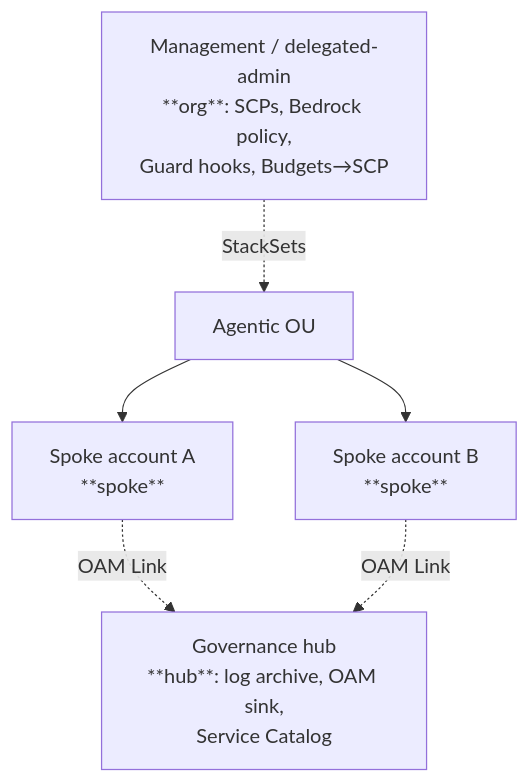
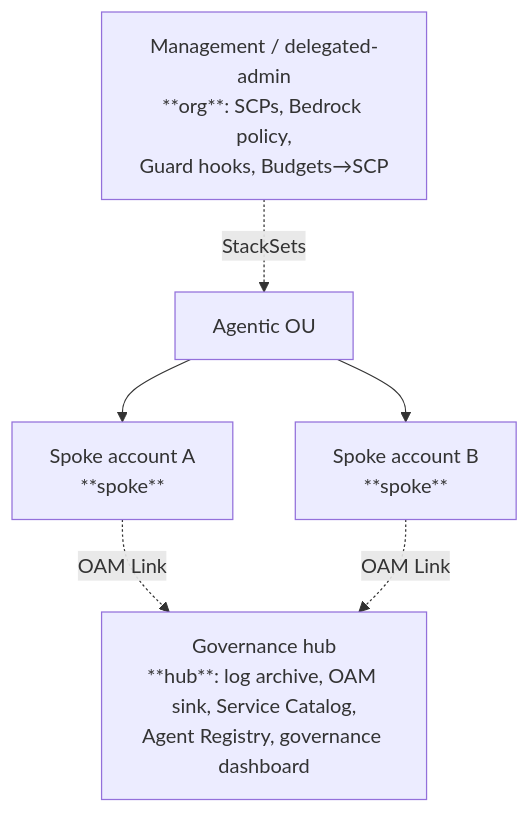
The fifth of 5 diagrams in docs/runbooks/DEPLOYMENT.md (virtualryder/AI-Governance-platform-on-AWS), drawn with Mermaid before and after one commit. The commit also changed other lines of this file and 12 other files, not shown here.

First line of the commit message:
Backlog: governance dashboard (D4) + SRA detective Config rules; refresh README + runbook

````diff
--- a/docs/runbooks/DEPLOYMENT.md
+++ b/docs/runbooks/DEPLOYMENT.md
@@ -102,9 +103,9 @@
 ```mermaid
 flowchart TB
   MGMT[Management / delegated-admin<br/>**org**: SCPs, Bedrock policy,<br/>Guard hooks, Budgets→SCP] -. StackSets .-> OU[Agentic OU]
-  HUB[Governance hub<br/>**hub**: log archive, OAM sink,<br/>Service Catalog] 
+  HUB[Governance hub<br/>**hub**: log archive, OAM sink, Service Catalog,<br/>Agent Registry, governance dashboard] 
   OU --> SP1[Spoke account A<br/>**spoke**]
   OU --> SP2[Spoke account B<br/>**spoke**]
   SP1 -. OAM Link .-> HUB
   SP2 -. OAM Link .-> HUB
 ```
````
